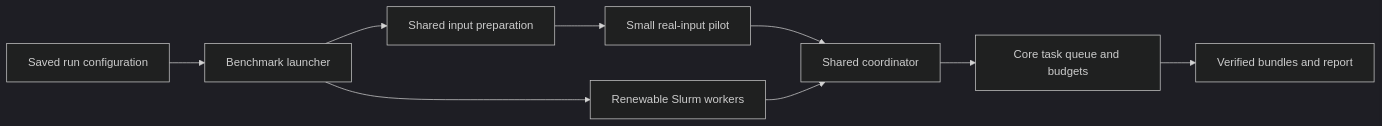
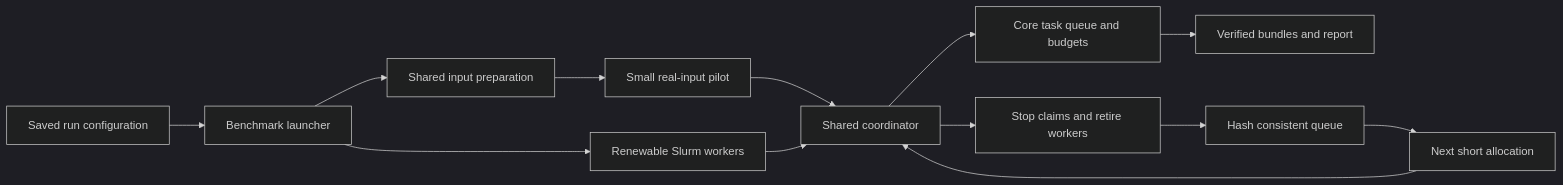
Before and after one commit to yunhzou/MAPPA-AAM: the tenth of 10 diagrams in design.md, drawn with Mermaid (dark theme). The commit also changed other lines of this file and 5 other files, not shown here.

````diff
--- a/design.md
+++ b/design.md
@@ -608,11 +608,15 @@
 ```mermaid
 flowchart LR
     Config[Saved run configuration] --> Launch[Benchmark launcher]
     Launch --> Prep[Shared input preparation]
     Prep --> Pilot[Small real-input pilot]
     Pilot --> Production[Shared coordinator]
     Launch --> Workers[Renewable Slurm workers]
     Workers --> Production
     Production --> Queue[Core task queue and budgets]
     Queue --> Results[Verified bundles and report]
+    Production --> Drain[Stop claims and retire workers]
+    Drain --> Checkpoint[Hash consistent queue]
+    Checkpoint --> Successor[Next short allocation]
+    Successor --> Production
 ```
````
